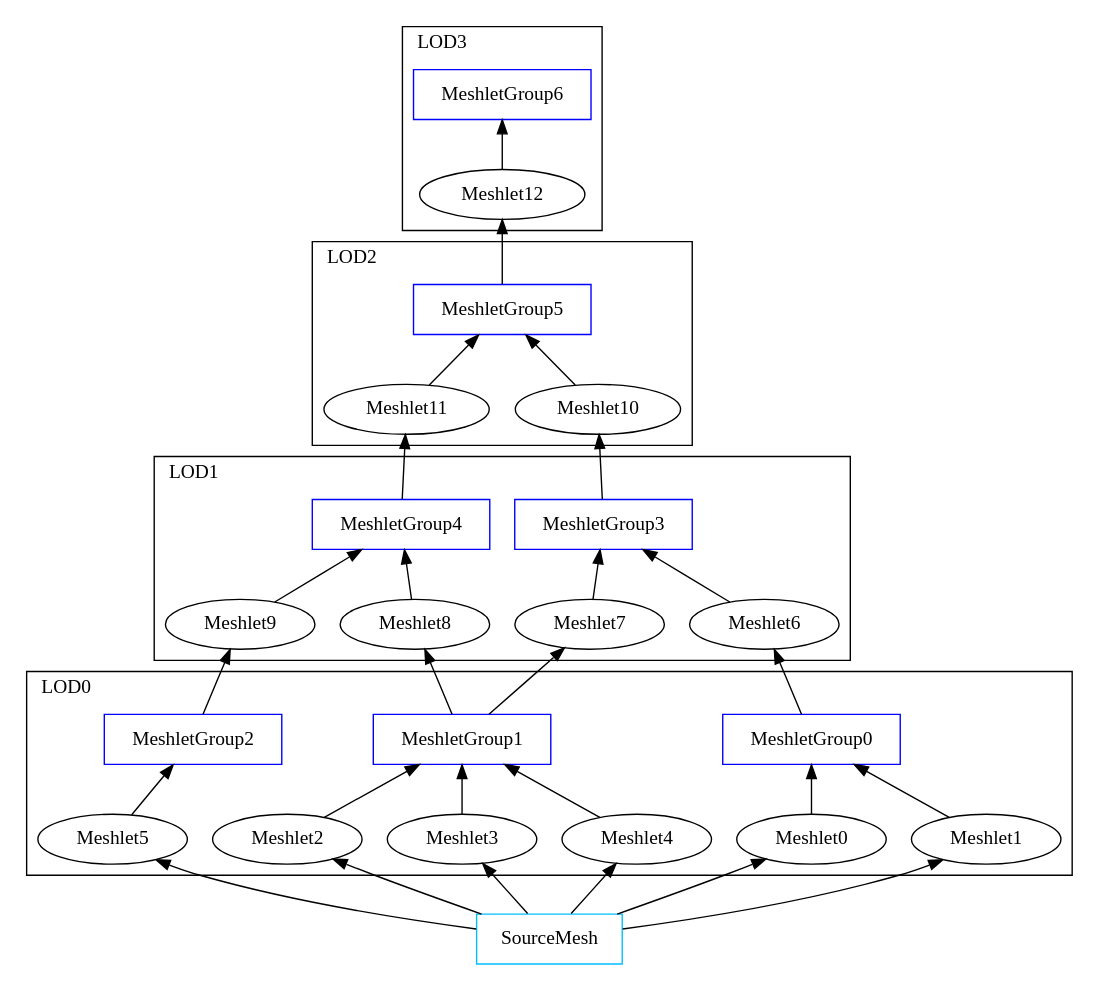
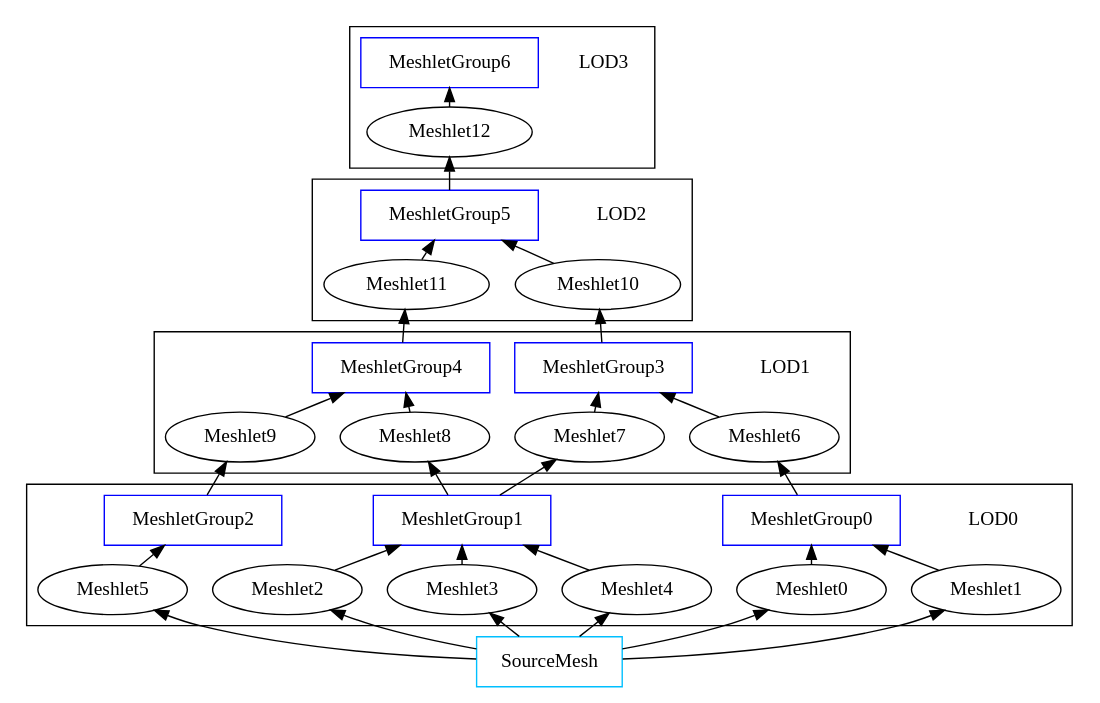
Before and after one commit to Georgy-Khachatryan/MeshDecimationTools: the diagram in docs/CLOD_DAG.dot, drawn with Graphviz. The commit also changed 2 other files, not shown here.

```diff
--- a/docs/CLOD_DAG.dot
+++ b/docs/CLOD_DAG.dot
@@ -1,96 +1,100 @@
 
 digraph CLOD_DAG {
+	ranksep=0.2;
+	
+	// Group labels.
+	LOD0 [shape="plaintext", width="0"]
+	LOD1 [shape="plaintext", width="0"]
+	LOD2 [shape="plaintext", width="0"]
+	LOD3 [shape="plaintext", width="0"]
+	
 	MeshletGroup0->Meshlet0 [dir="back"]
 	MeshletGroup0->Meshlet1 [dir="back"]
 	
 	MeshletGroup1->Meshlet2 [dir="back"]
 	MeshletGroup1->Meshlet3 [dir="back"]
 	MeshletGroup1->Meshlet4 [dir="back"]
 	
 	MeshletGroup2->Meshlet5 [dir="back"]
 	
 	MeshletGroup0 [shape="box",color="blue"]
 	MeshletGroup1 [shape="box",color="blue"]
 	MeshletGroup2 [shape="box",color="blue"]
 	
 	subgraph cluster_0 {
+		LOD0
 		MeshletGroup0
 		MeshletGroup1
 		MeshletGroup2
 		Meshlet0
 		Meshlet1
 		Meshlet2
 		Meshlet3
 		Meshlet4
 		Meshlet5
-		labeljust="l"
-		label="LOD0"
 	}
 	
 	
 	Meshlet6->MeshletGroup0 [dir="back"]
 	
 	Meshlet7->MeshletGroup1 [dir="back"]
 	Meshlet8->MeshletGroup1 [dir="back"]
 	
 	Meshlet9->MeshletGroup2 [dir="back"]
 	
 	MeshletGroup3->Meshlet6 [dir="back"]
 	MeshletGroup3->Meshlet7 [dir="back"]
 	
 	MeshletGroup4->Meshlet8 [dir="back"]
 	MeshletGroup4->Meshlet9 [arrowhead=""] [dir="back"]
 	
 	MeshletGroup3 [shape="box",color="blue"]
 	MeshletGroup4 [shape="box",color="blue"]
 	
 	subgraph cluster_1 {
+		LOD1
 		MeshletGroup3
 		MeshletGroup4
 		Meshlet6
 		Meshlet7
 		Meshlet8
 		Meshlet9
-		labeljust="l"
-		label="LOD1"
 	}
 	
 	
 	Meshlet10->MeshletGroup3 [dir="back"]
 	Meshlet11->MeshletGroup4 [dir="back"]
 	
 	MeshletGroup5->Meshlet10 [dir="back"]
 	MeshletGroup5->Meshlet11 [dir="back"]
 	
 	MeshletGroup5 [shape="box",color="blue"]
 	
 	subgraph cluster_2 {
+		LOD2
 		MeshletGroup5
 		Meshlet10
 		Meshlet11
-		labeljust="l"
-		label="LOD2"
 	}
 	
 	
 	Meshlet12->MeshletGroup5 [dir="back"]
 	MeshletGroup6->Meshlet12 [dir="back"]
 	
 	MeshletGroup6 [shape="box",color="blue"]
 	
 	subgraph cluster_3 {
+		LOD3
 		MeshletGroup6
 		Meshlet12
-		labeljust="l"
-		label="LOD3"
 	}
 	
 	Meshlet0->SourceMesh [dir="back"]
 	Meshlet1->SourceMesh [dir="back"]
 	Meshlet2->SourceMesh [dir="back"]
 	Meshlet3->SourceMesh [dir="back"]
 	Meshlet4->SourceMesh [dir="back"]
 	Meshlet5->SourceMesh [dir="back"]
 	
 	SourceMesh [shape="box", color="deepskyblue"]
 }
```
